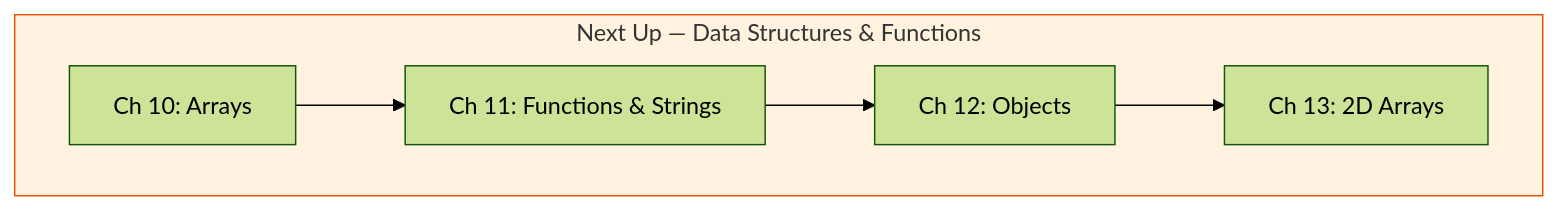
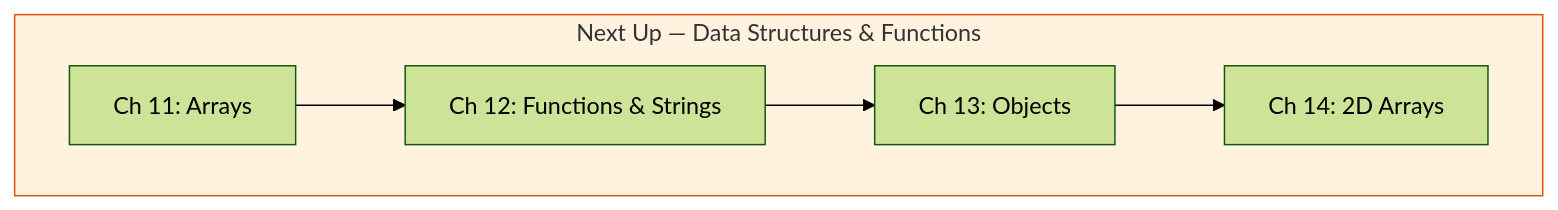
One commit to azherkhan0215-qa/LearnPlayWrightBatch2X changed diagram 22 of 24 in README.md. Above: the diagram before and after it, drawn with Mermaid (forest theme). The commit also changed other lines of this file, not shown here.

````diff
--- a/README.md
+++ b/README.md
@@ -1217,10 +1283,10 @@
 ```mermaid
 graph TD
     subgraph next["Next Up — Data Structures & Functions"]
-        N1["Ch 10: Arrays"] --> N2[Ch 11: Functions & Strings]
-        N2 --> N3[Ch 12: Objects]
-        N3 --> N4[Ch 13: 2D Arrays]
+        N1["Ch 11: Arrays"] --> N2[Ch 12: Functions & Strings]
+        N2 --> N3[Ch 13: Objects]
+        N3 --> N4[Ch 14: 2D Arrays]
     end
 
     style next fill:#fff3e0,stroke:#e65100
 ```
````
